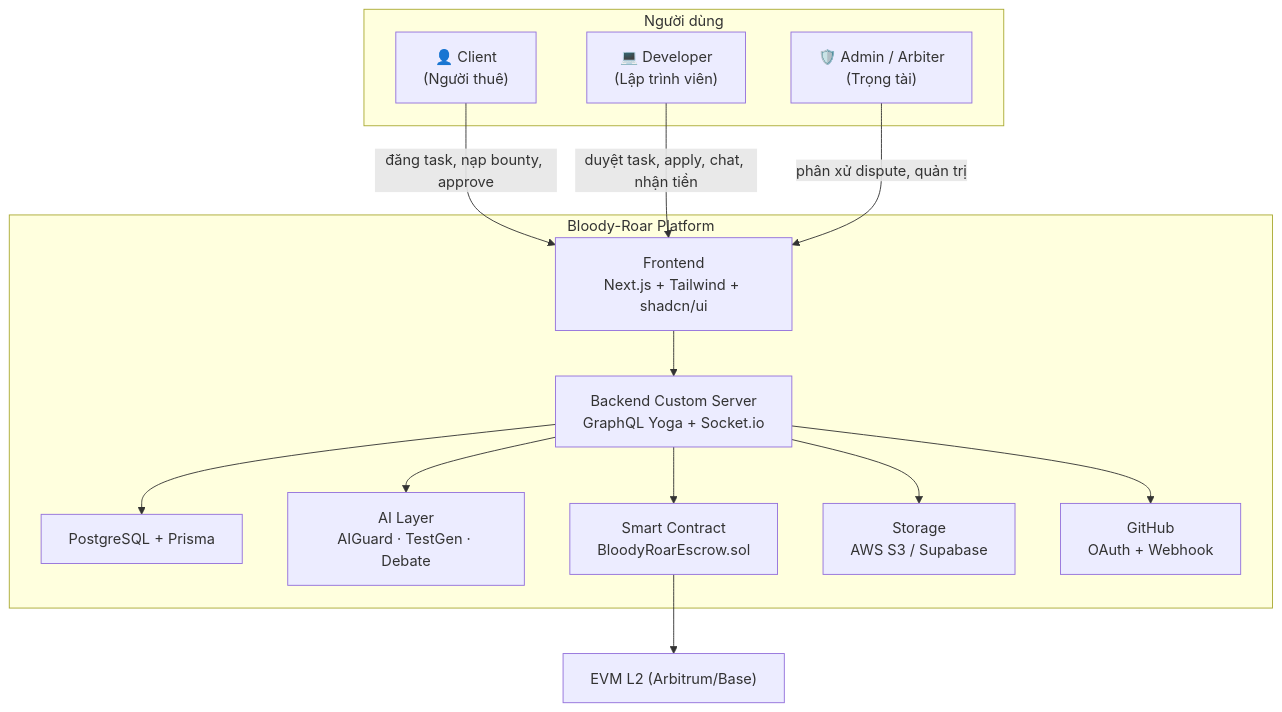
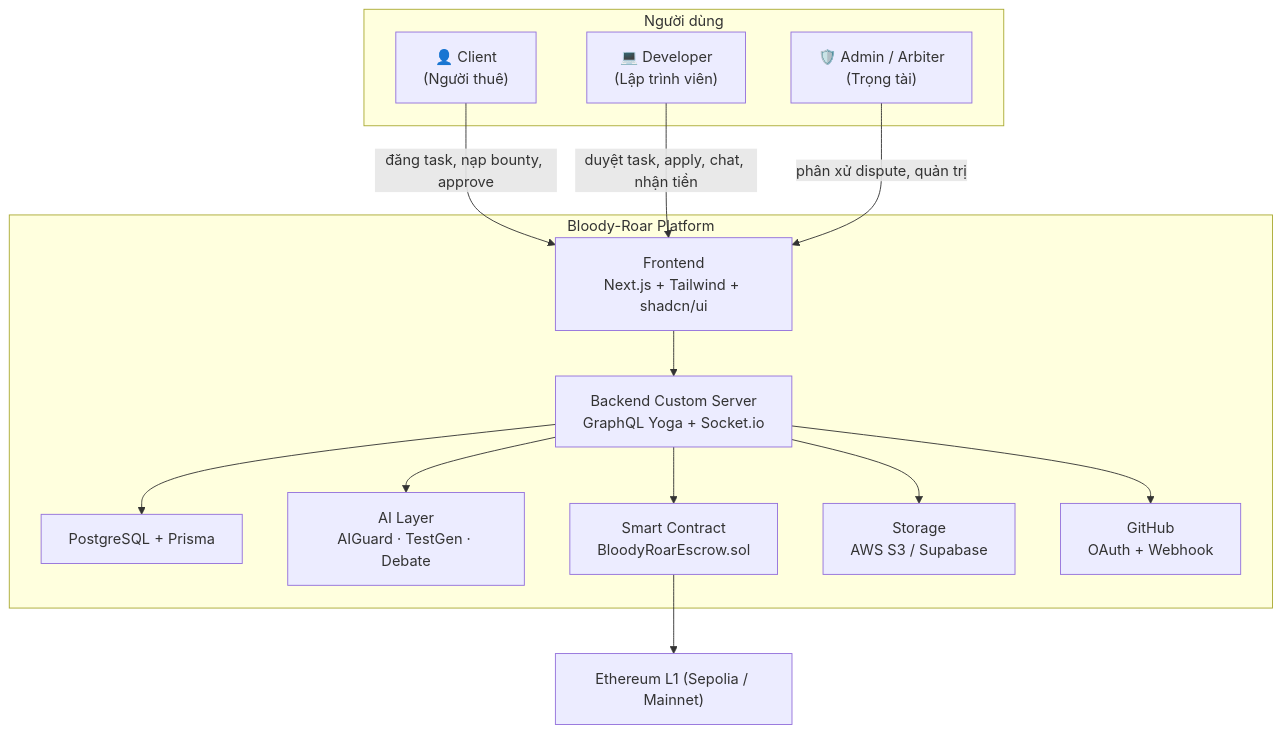
The first of 4 diagrams in docs/PROPOSAL.md (trongkhoidev/capstone1-bloody-roar), drawn with Mermaid before and after one commit. The commit also changed other lines of this file and 7 other files, not shown here.

````diff
--- a/docs/PROPOSAL.md
+++ b/docs/PROPOSAL.md
@@ -254,31 +254,31 @@
 ```mermaid
 flowchart TD
     subgraph Users["Người dùng"]
         CL["👤 Client<br/>(Người thuê)"]
         DV["💻 Developer<br/>(Lập trình viên)"]
         AD["🛡️ Admin / Arbiter<br/>(Trọng tài)"]
     end
 
     subgraph Platform["Bloody-Roar Platform"]
         FE["Frontend<br/>Next.js + Tailwind + shadcn/ui"]
         BE["Backend Custom Server<br/>GraphQL Yoga + Socket.io"]
         DB["PostgreSQL + Prisma"]
         AI["AI Layer<br/>AIGuard · TestGen · Debate"]
         SC["Smart Contract<br/>BloodyRoarEscrow.sol"]
         ST["Storage<br/>AWS S3 / Supabase"]
         GH["GitHub<br/>OAuth + Webhook"]
     end
 
-    BC["EVM L2 (Arbitrum/Base)"]
+    BC["Ethereum L1 (Sepolia / Mainnet)"]
 
     CL -->|"đăng task, nạp bounty, approve"| FE
     DV -->|"duyệt task, apply, chat, nhận tiền"| FE
     AD -->|"phân xử dispute, quản trị"| FE
     FE --> BE
     BE --> DB
     BE --> AI
     BE --> SC
     BE --> ST
     BE --> GH
     SC --> BC
 ```
````
